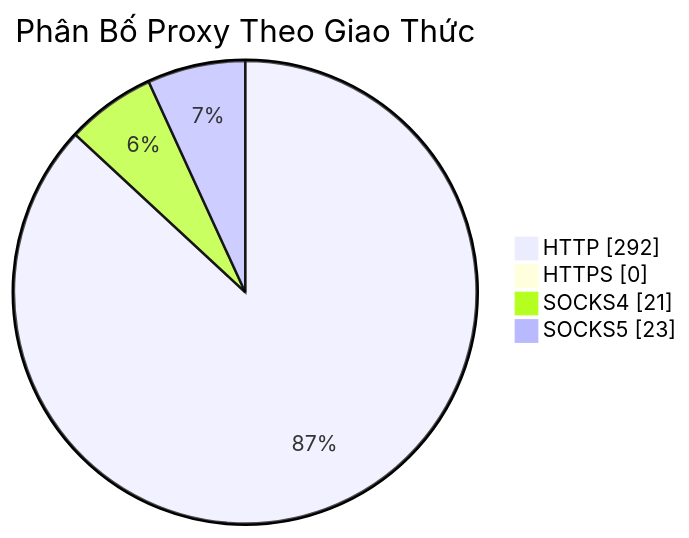
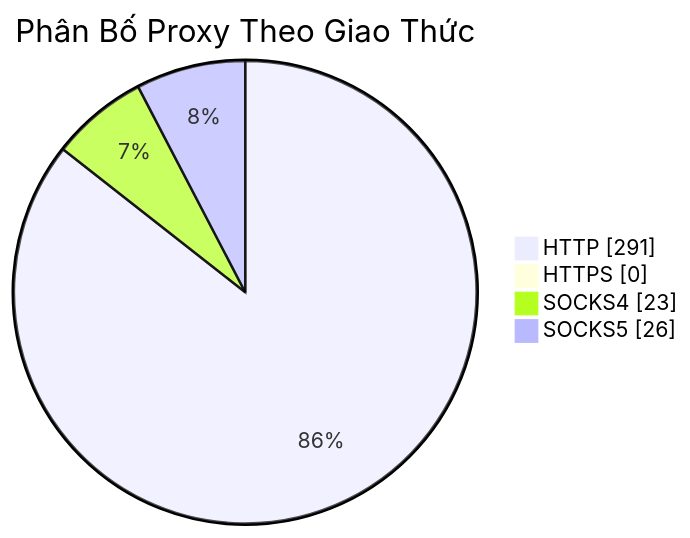
One commit to Ciara-Aa/PROXY-free changed the diagram in README.md. Above: the diagram before and after it, drawn with Mermaid. The commit also changed other lines of this file and 3 other files, not shown here.

````diff
--- a/README.md
+++ b/README.md
@@ -26,7 +26,7 @@
 ```mermaid
 pie showData title Phân Bố Proxy Theo Giao Thức
-    "HTTP" : 292
+    "HTTP" : 291
     "HTTPS" : 0
-    "SOCKS4" : 21
-    "SOCKS5" : 23
+    "SOCKS4" : 23
+    "SOCKS5" : 26
 ```
````
